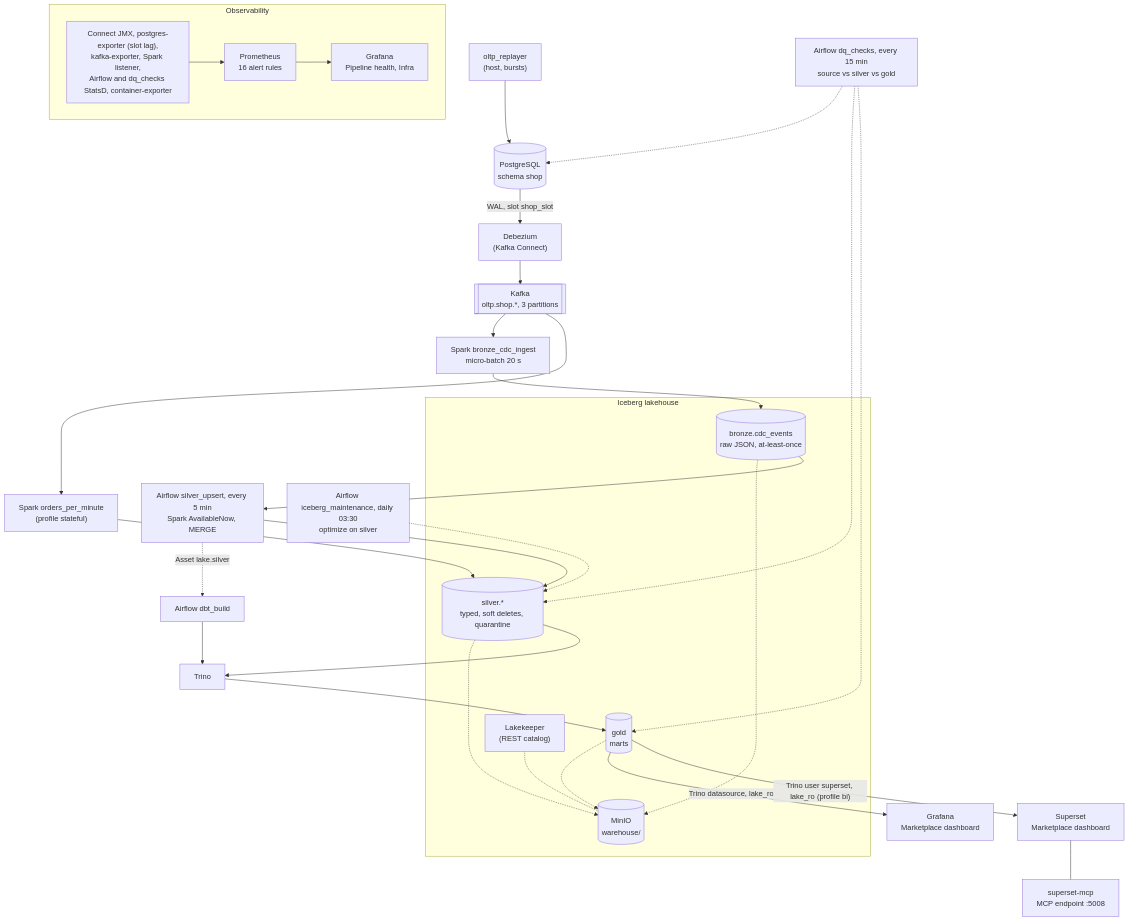
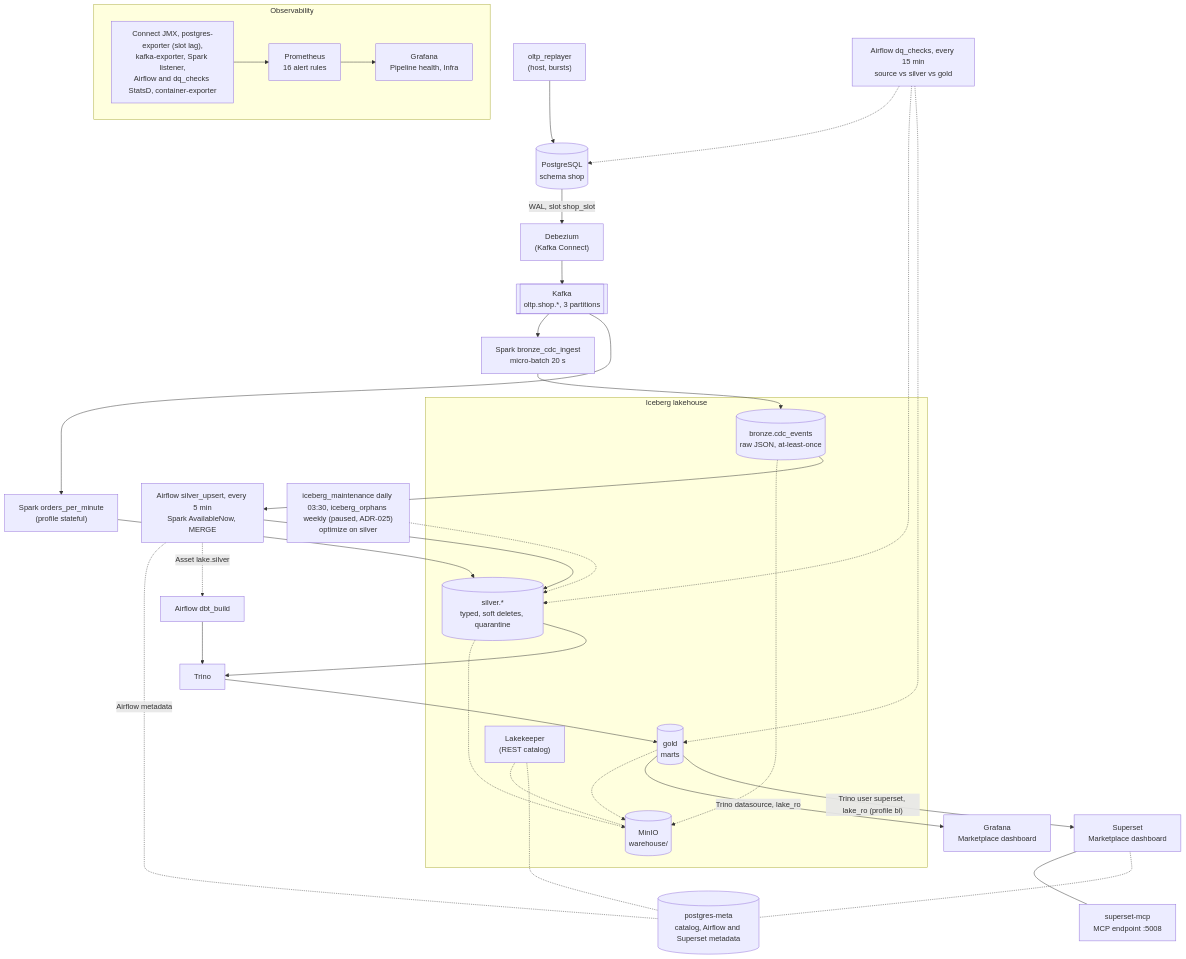
One commit to nikolayGU/marketplace-lakehouse changed the diagram in ARCHITECTURE.md. Above: the diagram before and after it, drawn with Mermaid. The commit also changed other lines of this file and 19 other files, not shown here.

````diff
--- a/ARCHITECTURE.md
+++ b/ARCHITECTURE.md
@@ -16,38 +16,42 @@
 ```mermaid
 flowchart TB
   RP["oltp_replayer<br/>(host, bursts)"] --> PG[("PostgreSQL<br/>schema shop")]
   PG -- "WAL, slot shop_slot" --> DBZ["Debezium<br/>(Kafka Connect)"]
   DBZ --> K[["Kafka<br/>oltp.shop.*, 3 partitions"]]
   K --> SB["Spark bronze_cdc_ingest<br/>micro-batch 20 s"]
 
   subgraph LAKE["Iceberg lakehouse"]
     B[("bronze.cdc_events<br/>raw JSON, at-least-once")]
     S[("silver.*<br/>typed, soft deletes, quarantine")]
     G[("gold<br/>marts")]
     LK["Lakekeeper<br/>(REST catalog)"]
     MO[("MinIO<br/>warehouse/")]
   end
+  PM[("postgres-meta<br/>catalog, Airflow and Superset metadata")]
   B & S & G -.-> MO
   LK -.- MO
+  LK -.- PM
   SB --> B
   B --> SU["Airflow silver_upsert, every 5 min<br/>Spark AvailableNow, MERGE"]
   SU --> S
+  SU -. "Airflow metadata" .- PM
   SU -. "Asset lake.silver" .-> DB["Airflow dbt_build"]
   S --> TR["Trino"]
   DB --> TR
   TR --> G
   G -- "Trino datasource, lake_ro" --> GF["Grafana<br/>Marketplace dashboard"]
   G -- "Trino user superset, lake_ro (profile bi)" --> SS["Superset<br/>Marketplace dashboard"]
   SS --- MCP["superset-mcp<br/>MCP endpoint :5008"]
-  MT["Airflow iceberg_maintenance, daily 03:30<br/>optimize on silver"] -.-> S
+  SS -.- PM
+  MT["iceberg_maintenance daily 03:30, iceberg_orphans weekly (paused, ADR-025)<br/>optimize on silver"] -.-> S
   DQ["Airflow dq_checks, every 15 min<br/>source vs silver vs gold"] -.-> PG
   DQ -.-> S
   DQ -.-> G
   K --> OPM["Spark orders_per_minute<br/>(profile stateful)"]
   OPM --> S
 
   subgraph OBS["Observability"]
     EX["Connect JMX, postgres-exporter (slot lag),<br/>kafka-exporter, Spark listener,<br/>Airflow and dq_checks StatsD, container-exporter"] --> PR["Prometheus<br/>16 alert rules"]
     PR --> GF2["Grafana<br/>Pipeline health, Infra"]
   end
 ```
````
